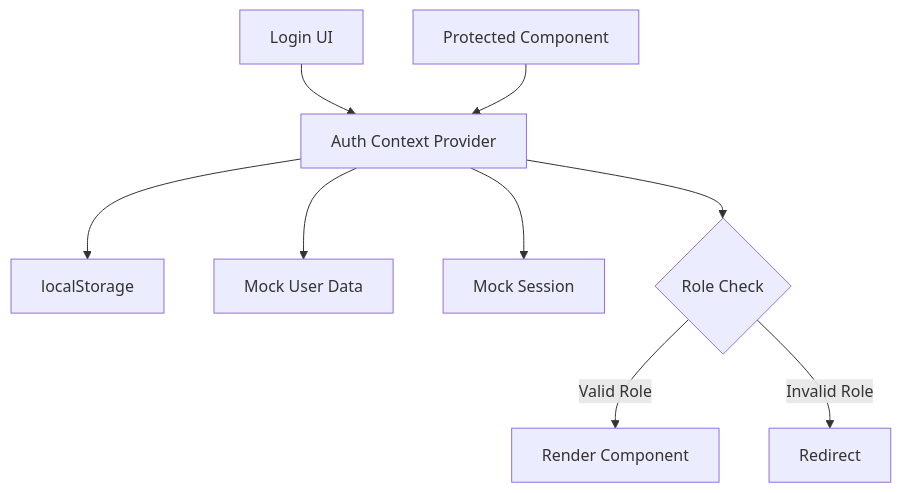
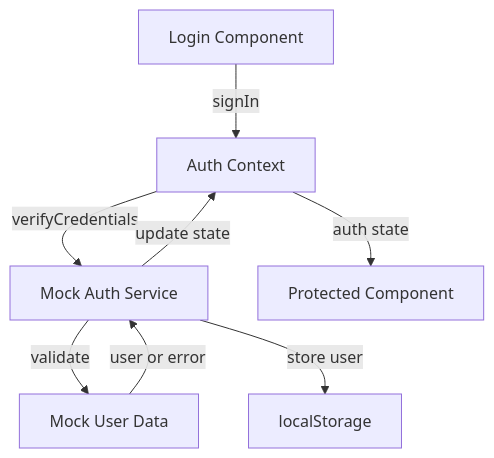
One commit to pikipupiba/FrontOfHouseProductions changed the fourth of 4 diagrams in memory-bank/tasks/Investor-Ready-Wireframe-Conversion/wireframe_architecture.md. Above: the diagram before and after it, drawn with Mermaid. The commit also changed other lines of this file and 63 other files, not shown here.

````diff
--- a/memory-bank/tasks/Investor-Ready-Wireframe-Conversion/wireframe_architecture.md
+++ b/memory-bank/tasks/Investor-Ready-Wireframe-Conversion/wireframe_architecture.md
@@ -53,12 +343,10 @@
 ```mermaid
 flowchart TD
-    Login[Login UI] --> AuthContext[Auth Context Provider]
-    AuthContext --> LocalStorage[localStorage]
-    AuthContext --> MockUsers[Mock User Data]
-    AuthContext --> MockSession[Mock Session]
-    
-    Component[Protected Component] --> AuthContext
-    AuthContext --> RoleCheck{Role Check}
-    RoleCheck -->|Valid Role| Render[Render Component]
-    RoleCheck -->|Invalid Role| Redirect[Redirect]
+    LoginComponent[Login Component] -->|signIn| AuthContext[Auth Context]
+    AuthContext -->|verifyCredentials| MockAuthService[Mock Auth Service]
+    MockAuthService -->|validate| MockUserData[Mock User Data]
+    MockUserData -->|user or error| MockAuthService
+    MockAuthService -->|store user| LocalStorage[localStorage]
+    MockAuthService -->|update state| AuthContext
+    AuthContext -->|auth state| ProtectedComponent[Protected Component]
 ```
````
